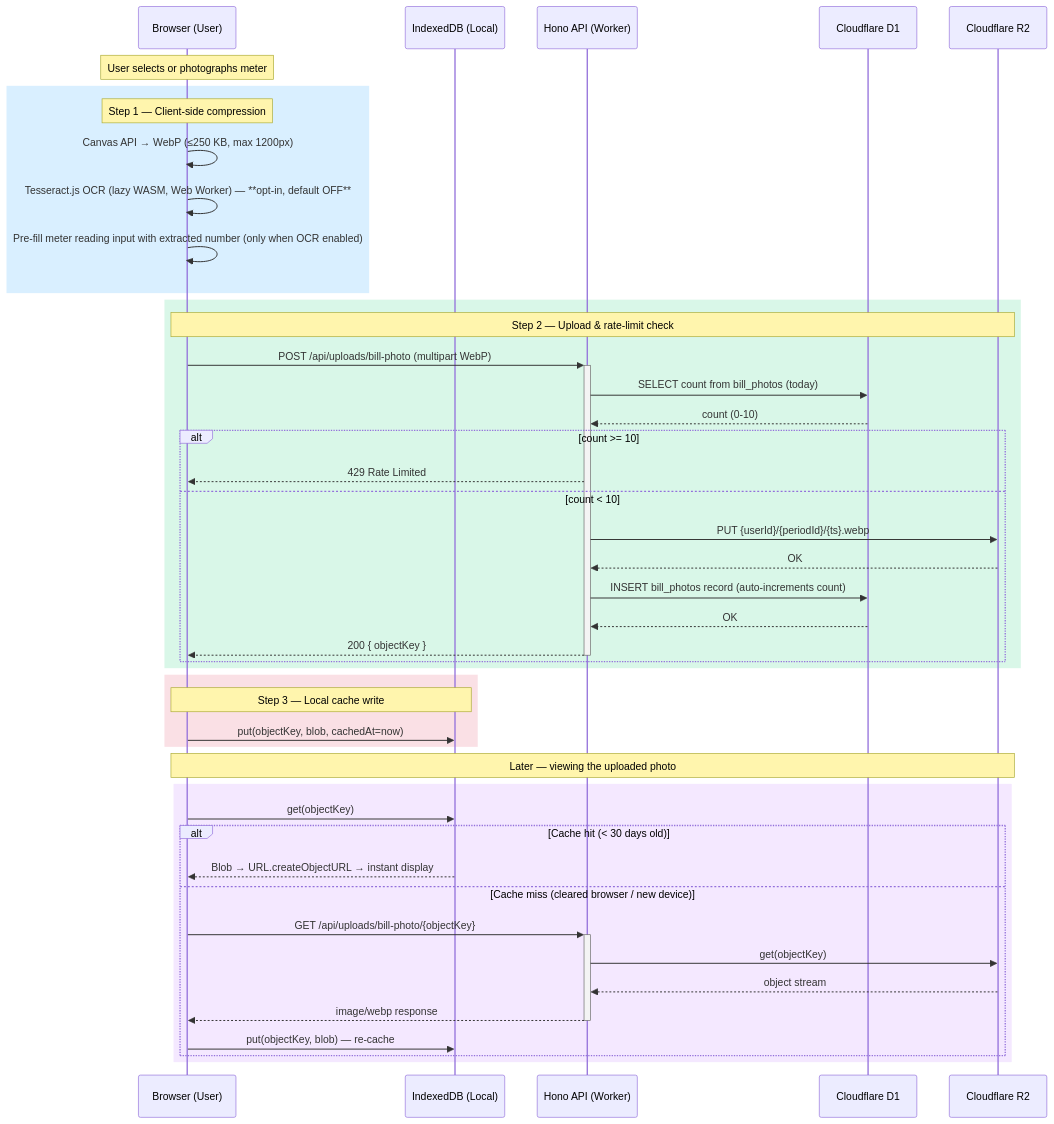
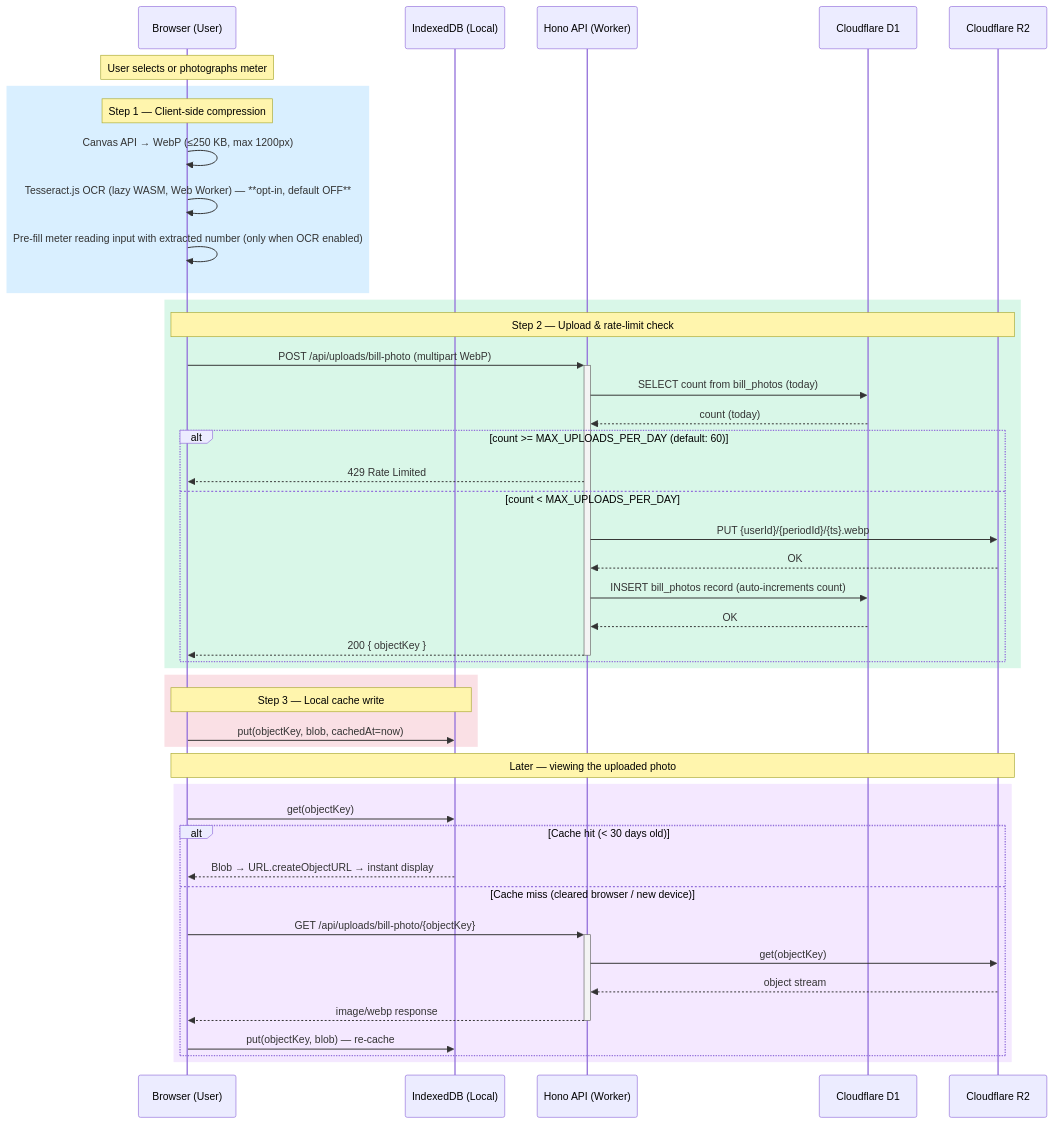
Before and after one commit to VaibhavDaveDev/Meterly: the second of 3 diagrams in README.md, drawn with Mermaid. The commit also changed other lines of this file and 18 other files, not shown here.

````diff
--- a/README.md
+++ b/README.md
@@ -142,53 +137,53 @@
 ```mermaid
 sequenceDiagram
     participant U as Browser (User)
     participant IDB as IndexedDB (Local)
     participant W as Hono API (Worker)
     participant D1 as Cloudflare D1
     participant R2 as Cloudflare R2
 
     note over U: User selects or photographs meter
 
     rect rgba(0, 150, 255, 0.15)
         note over U: Step 1 — Client-side compression
         U->>U: Canvas API → WebP (≤250 KB, max 1200px)
         U->>U: Tesseract.js OCR (lazy WASM, Web Worker) — **opt-in, default OFF**
         U->>U: Pre-fill meter reading input with extracted number (only when OCR enabled)
     end
 
     rect rgba(0, 200, 100, 0.15)
         note over U,R2: Step 2 — Upload & rate-limit check
         U->>+W: POST /api/uploads/bill-photo (multipart WebP)
         W->>D1: SELECT count from bill_photos (today)
-        D1-->>W: count (0-10)
-        alt count >= 10
+        D1-->>W: count (today)
+        alt count >= MAX_UPLOADS_PER_DAY (default: 60)
             W-->>U: 429 Rate Limited
-        else count < 10
+        else count < MAX_UPLOADS_PER_DAY
             W->>R2: PUT {userId}/{periodId}/{ts}.webp
             R2-->>W: OK
             W->>D1: INSERT bill_photos record (auto-increments count)
             D1-->>W: OK
             W-->>-U: 200 { objectKey }
         end
     end
 
     rect rgba(220, 50, 80, 0.15)
         note over U,IDB: Step 3 — Local cache write
         U->>IDB: put(objectKey, blob, cachedAt=now)
     end
 
     note over U,R2: Later — viewing the uploaded photo
 
     rect rgba(180, 100, 255, 0.15)
         U->>IDB: get(objectKey)
         alt Cache hit (< 30 days old)
             IDB-->>U: Blob → URL.createObjectURL → instant display
         else Cache miss (cleared browser / new device)
             U->>+W: GET /api/uploads/bill-photo/{objectKey}
             W->>R2: get(objectKey)
             R2-->>W: object stream
             W-->>-U: image/webp response
             U->>IDB: put(objectKey, blob) — re-cache
         end
     end
 ```
````
